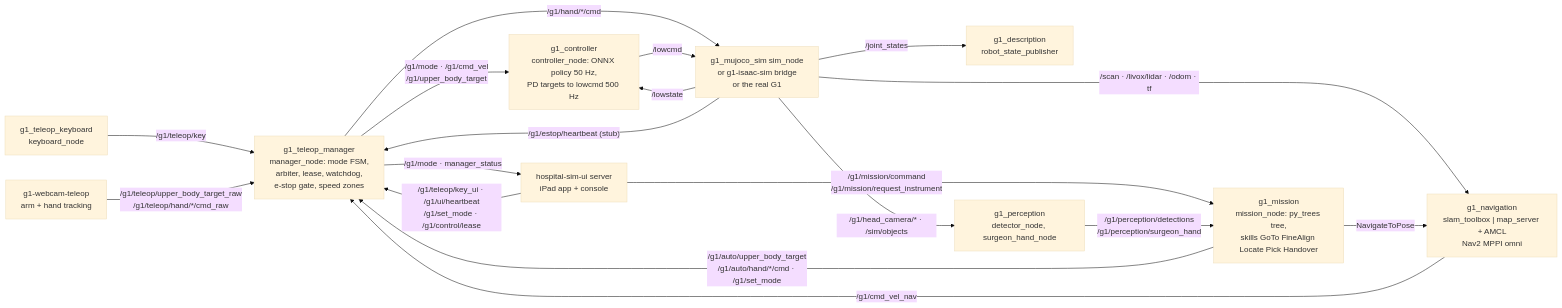
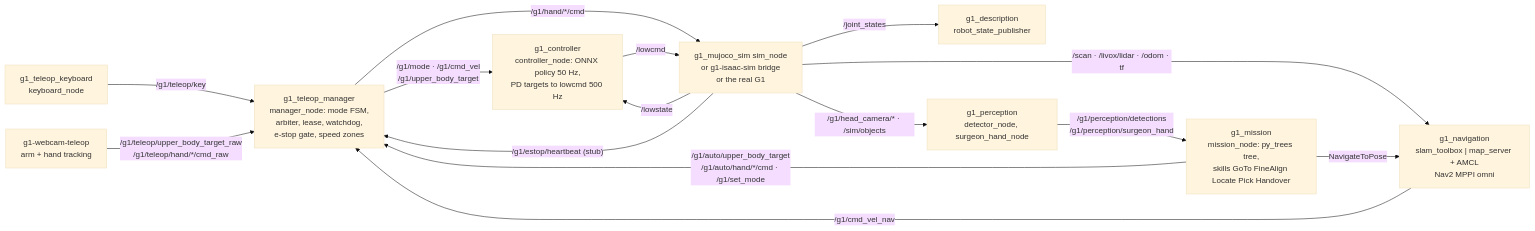
Before and after one commit to Bkrakshith/hospital-sim-ros2: the diagram in README.md, drawn with Mermaid (base theme). The commit also changed other lines of this file and 20 other files, not shown here.

````diff
--- a/README.md
+++ b/README.md
@@ -95,31 +93,27 @@
 ```mermaid
 flowchart LR
   KB["g1_teleop_keyboard<br/>keyboard_node"]
-  UI["hospital-sim-ui server<br/>iPad app + console"]
   CAM["g1-webcam-teleop<br/>arm + hand tracking"]
   MGR["g1_teleop_manager<br/>manager_node: mode FSM,<br/>arbiter, lease, watchdog,<br/>e-stop gate, speed zones"]
   CTRL["g1_controller<br/>controller_node: ONNX policy 50 Hz,<br/>PD targets to lowcmd 500 Hz"]
   SIM["g1_mujoco_sim sim_node<br/>or g1-isaac-sim bridge<br/>or the real G1"]
   RSP["g1_description<br/>robot_state_publisher"]
   NAV["g1_navigation<br/>slam_toolbox | map_server + AMCL<br/>Nav2 MPPI omni"]
   MIS["g1_mission<br/>mission_node: py_trees tree,<br/>skills GoTo FineAlign Locate Pick Handover"]
   PERC["g1_perception<br/>detector_node, surgeon_hand_node"]
 
   KB -- "/g1/teleop/key" --> MGR
-  UI -- "/g1/teleop/key_ui · /g1/ui/heartbeat<br/>/g1/set_mode · /g1/control/lease" --> MGR
-  UI -- "/g1/mission/command<br/>/g1/mission/request_instrument" --> MIS
   CAM -- "/g1/teleop/upper_body_target_raw<br/>/g1/teleop/hand/*/cmd_raw" --> MGR
   MGR -- "/g1/mode · /g1/cmd_vel<br/>/g1/upper_body_target" --> CTRL
   MGR -- "/g1/hand/*/cmd" --> SIM
-  MGR -- "/g1/mode · manager_status" --> UI
   CTRL -- "/lowcmd" --> SIM
   SIM -- "/lowstate" --> CTRL
   SIM -- "/joint_states" --> RSP
   SIM -- "/scan · /livox/lidar · /odom · tf" --> NAV
   SIM -- "/g1/head_camera/* · /sim/objects" --> PERC
   SIM -- "/g1/estop/heartbeat (stub)" --> MGR
   NAV -- "/g1/cmd_vel_nav" --> MGR
   MIS -- "NavigateToPose" --> NAV
   MIS -- "/g1/auto/upper_body_target<br/>/g1/auto/hand/*/cmd · /g1/set_mode" --> MGR
   PERC -- "/g1/perception/detections<br/>/g1/perception/surgeon_hand" --> MIS
 ```
````
